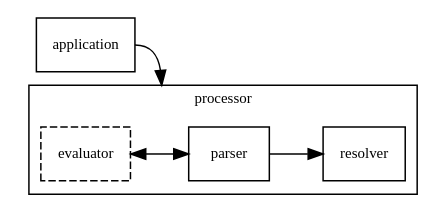
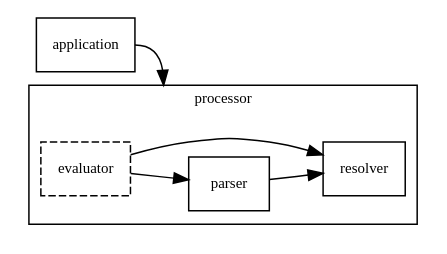
Before and after one commit to johnstonskj/datalog-specs: the diagram in book/src/vnd_datalog_text/processor_terms.dot, drawn with Graphviz. The commit also changed 46 other files, not shown here.

```diff
--- a/book/src/vnd_datalog_text/processor_terms.dot
+++ b/book/src/vnd_datalog_text/processor_terms.dot
@@ -1,15 +1,16 @@
 digraph G {
   graph [fontsize=10  fontname="Verdana" compound=true rankdir="LR"];
   node [fontsize=10 fontname="Verdana" shape=record];
 
   application;
 
   subgraph cluster1 {
     evaluator [style=dashed];
-    evaluator -> parser [dir=both];
+    evaluator -> parser;
+    evaluator -> resolver;
     parser -> resolver;
     label = "processor";
   }
 
   application -> parser [lhead=cluster1 constraint=false headport=w tailport=e concentrate = true];
 }
```
